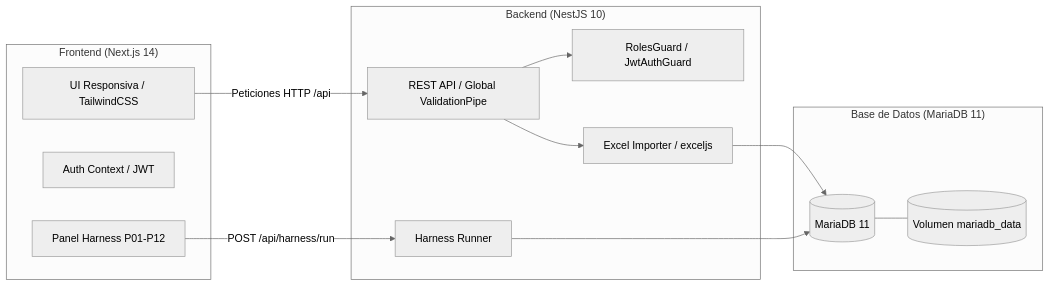
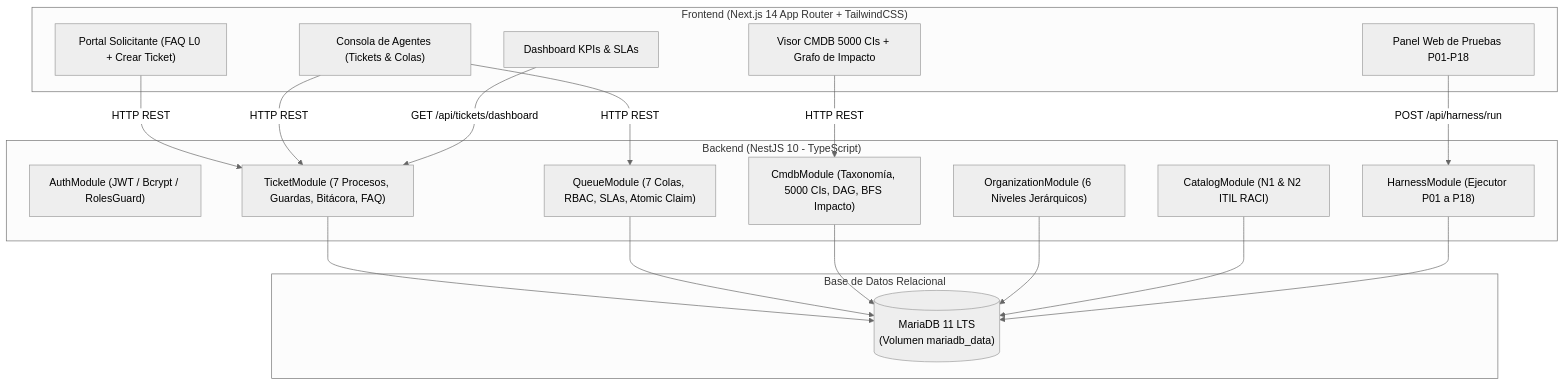
The diagram in docs/RESOLUCION.md (Ennero/parcial-catalogo-servicios-202302220), drawn with Mermaid (neutral theme) before and after one commit. The commit also changed other lines of this file and 7 other files, not shown here.

Commit message:
docs: completar documentacion tecnica de Parcial 3, MODELO, PROCESOS, IA, PRUEBAS, RESOLUCION, AGENTS v2.0.0 y formato tarea3.txt

````diff
--- a/docs/RESOLUCION.md
+++ b/docs/RESOLUCION.md
@@ -39,28 +60,38 @@
 ```mermaid
-graph LR
-    subgraph Cliente["Frontend (Next.js 14)"]
-        UI[UI Responsiva / TailwindCSS]
-        AuthCtx[Auth Context / JWT]
-        Panel[Panel Harness P01-P12]
+graph TB
+    subgraph Cliente["Frontend (Next.js 14 App Router + TailwindCSS)"]
+        Portal["Portal Solicitante (FAQ L0 + Crear Ticket)"]
+        Consola["Consola de Agentes (Tickets & Colas)"]
+        CmdbUI["Visor CMDB 5000 CIs + Grafo de Impacto"]
+        HarnessUI["Panel Web de Pruebas P01-P18"]
+        DashUI["Dashboard KPIs & SLAs"]
     end
 
-    subgraph Servidor["Backend (NestJS 10)"]
-        API[REST API / Global ValidationPipe]
-        RBAC[RolesGuard / JwtAuthGuard]
-        Imp[Excel Importer / exceljs]
-        Harn[Harness Runner]
+    subgraph Backend["Backend (NestJS 10 - TypeScript)"]
+        AuthMod["AuthModule (JWT / Bcrypt / RolesGuard)"]
+        OrgMod["OrganizationModule (6 Niveles Jerárquicos)"]
+        CatMod["CatalogModule (N1 & N2 ITIL RACI)"]
+        CmdbMod["CmdbModule (Taxonomía, 5000 CIs, DAG, BFS Impacto)"]
+        QueueMod["QueueModule (7 Colas, RBAC, SLAs, Atomic Claim)"]
+        TicketMod["TicketModule (7 Procesos, Guardas, Bitácora, FAQ)"]
+        HarnMod["HarnessModule (Ejecutor P01 a P18)"]
     end
 
-    subgraph Datos["Base de Datos (MariaDB 11)"]
-        DB[(MariaDB 11)]
-        Vol[(Volumen mariadb_data)]
+    subgraph Persistencia["Base de Datos Relacional"]
+        MDB[("MariaDB 11 LTS\n(Volumen mariadb_data)")]
     end
 
-    UI -->|Peticiones HTTP /api| API
-    Panel -->|POST /api/harness/run| Harn
-    API --> RBAC
-    API --> Imp
-    Imp --> DB
-    Harn --> DB
-    DB --- Vol
+    Portal -->|HTTP REST| TicketMod
+    Consola -->|HTTP REST| TicketMod
+    Consola -->|HTTP REST| QueueMod
+    CmdbUI -->|HTTP REST| CmdbMod
+    HarnessUI -->|POST /api/harness/run| HarnMod
+    DashUI -->|GET /api/tickets/dashboard| TicketMod
+
+    TicketMod --> MDB
+    QueueMod --> MDB
+    CmdbMod --> MDB
+    OrgMod --> MDB
+    CatMod --> MDB
+    HarnMod --> MDB
 ```
````
